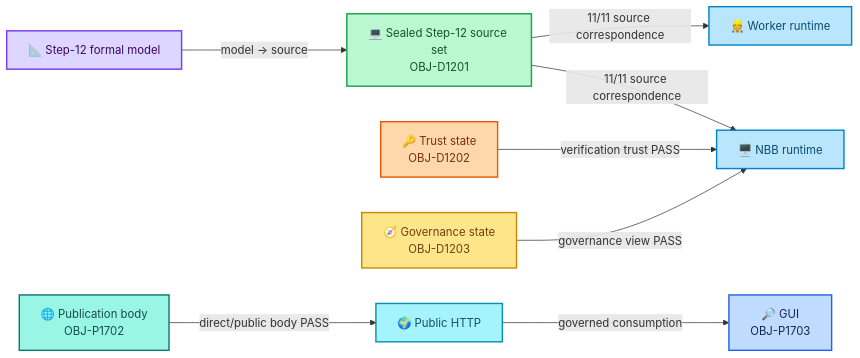
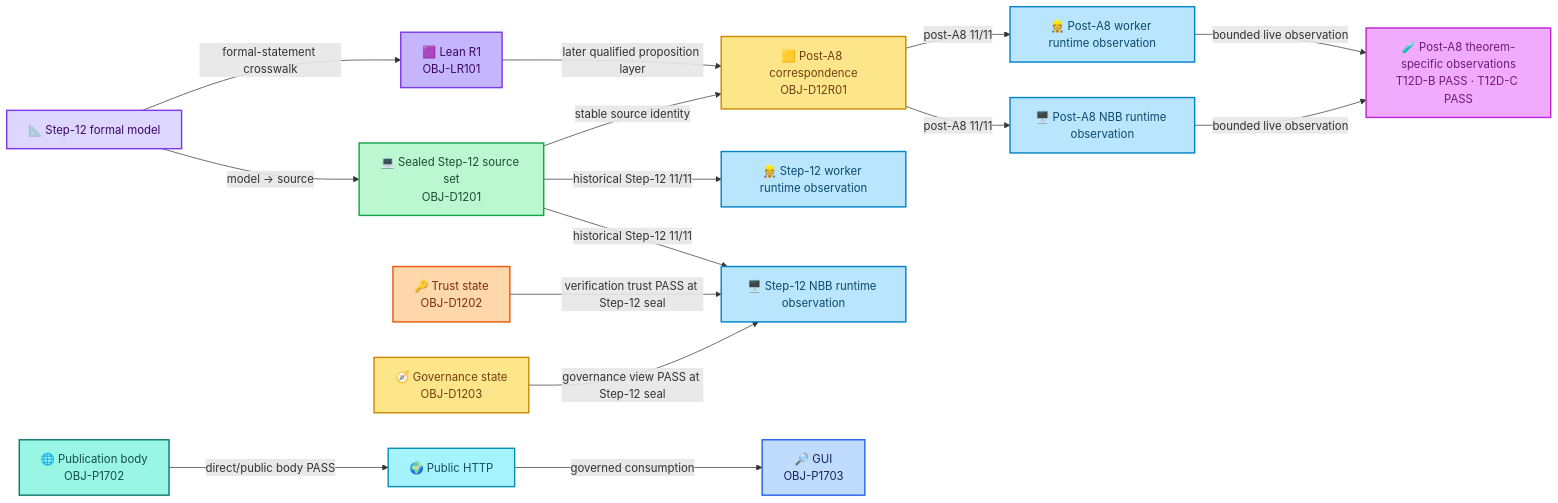
One commit to kiddstechnical/ALLIS-Artificial-Learning-and-Location-Intelligence-System changed the second of 5 diagrams in acceptance/current-system-manifest.md. Above: the diagram before and after it, drawn with Mermaid. The commit also changed other lines of this file, not shown here.

Commit message:
Add Lean R1 and Post-A8 DGM correspondence badges

````diff
--- a/acceptance/current-system-manifest.md
+++ b/acceptance/current-system-manifest.md
@@ -607,29 +812,44 @@
 ```mermaid
 flowchart LR
     M["📐 Step-12 formal model"]:::model
     S["💻 Sealed Step-12 source set<br/>OBJ-D1201"]:::source
-    N["🖥️ NBB runtime"]:::runtime
-    W["👷 Worker runtime"]:::runtime
+    L["🟪 Lean R1<br/>OBJ-LR101"]:::lean
+    X["🟨 Post-A8 correspondence<br/>OBJ-D12R01"]:::corr
+    N0["🖥️ Step-12 NBB runtime observation"]:::runtime
+    W0["👷 Step-12 worker runtime observation"]:::runtime
+    N1["🖥️ Post-A8 NBB runtime observation"]:::runtime
+    W1["👷 Post-A8 worker runtime observation"]:::runtime
+    O["🧪 Post-A8 theorem-specific observations<br/>T12D-B PASS · T12D-C PASS"]:::observe
     T["🔑 Trust state<br/>OBJ-D1202"]:::trust
     V["🧭 Governance state<br/>OBJ-D1203"]:::gov
     P["🌐 Publication body<br/>OBJ-P1702"]:::pub
     H["🌍 Public HTTP"]:::http
     G["🔎 GUI<br/>OBJ-P1703"]:::gui
 
     M -->|"model → source"| S
-    S -->|"11/11 source correspondence"| N
-    S -->|"11/11 source correspondence"| W
-    T -->|"verification trust PASS"| N
-    V -->|"governance view PASS"| N
+    M -->|"formal-statement crosswalk"| L
+    S -->|"historical Step-12 11/11"| N0
+    S -->|"historical Step-12 11/11"| W0
+    S -->|"stable source identity"| X
+    L -->|"later qualified proposition layer"| X
+    X -->|"post-A8 11/11"| N1
+    X -->|"post-A8 11/11"| W1
+    N1 -->|"bounded live observation"| O
+    W1 -->|"bounded live observation"| O
+    T -->|"verification trust PASS at Step-12 seal"| N0
+    V -->|"governance view PASS at Step-12 seal"| N0
     P -->|"direct/public body PASS"| H
     H -->|"governed consumption"| G
 
     classDef model fill:#ddd6fe,stroke:#7c3aed,color:#3b0764,stroke-width:2px;
     classDef source fill:#bbf7d0,stroke:#16a34a,color:#14532d,stroke-width:2px;
+    classDef lean fill:#c4b5fd,stroke:#7c3aed,color:#3b0764,stroke-width:2px;
+    classDef corr fill:#fde68a,stroke:#ca8a04,color:#713f12,stroke-width:2px;
     classDef runtime fill:#bae6fd,stroke:#0284c7,color:#0c4a6e,stroke-width:2px;
+    classDef observe fill:#f0abfc,stroke:#c026d3,color:#701a75,stroke-width:2px;
     classDef trust fill:#fed7aa,stroke:#ea580c,color:#7c2d12,stroke-width:2px;
     classDef gov fill:#fde68a,stroke:#ca8a04,color:#713f12,stroke-width:2px;
     classDef pub fill:#99f6e4,stroke:#0f766e,color:#134e4a,stroke-width:2px;
     classDef http fill:#a5f3fc,stroke:#0891b2,color:#164e63,stroke-width:2px;
     classDef gui fill:#bfdbfe,stroke:#2563eb,color:#172554,stroke-width:2px;
 ```
````
